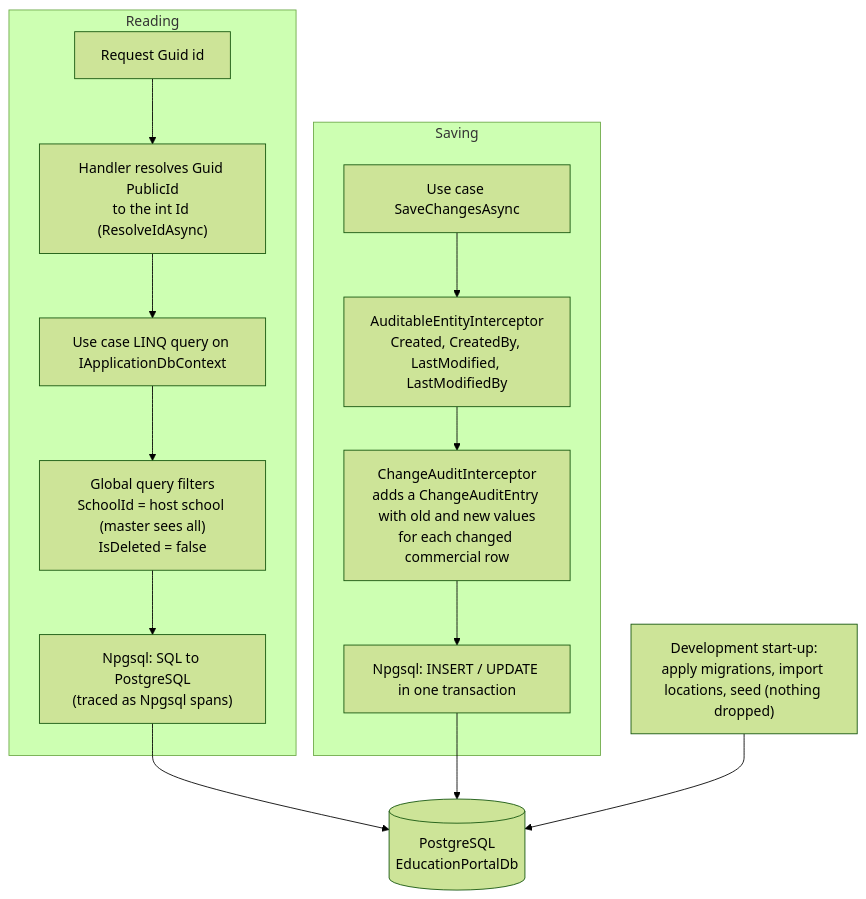
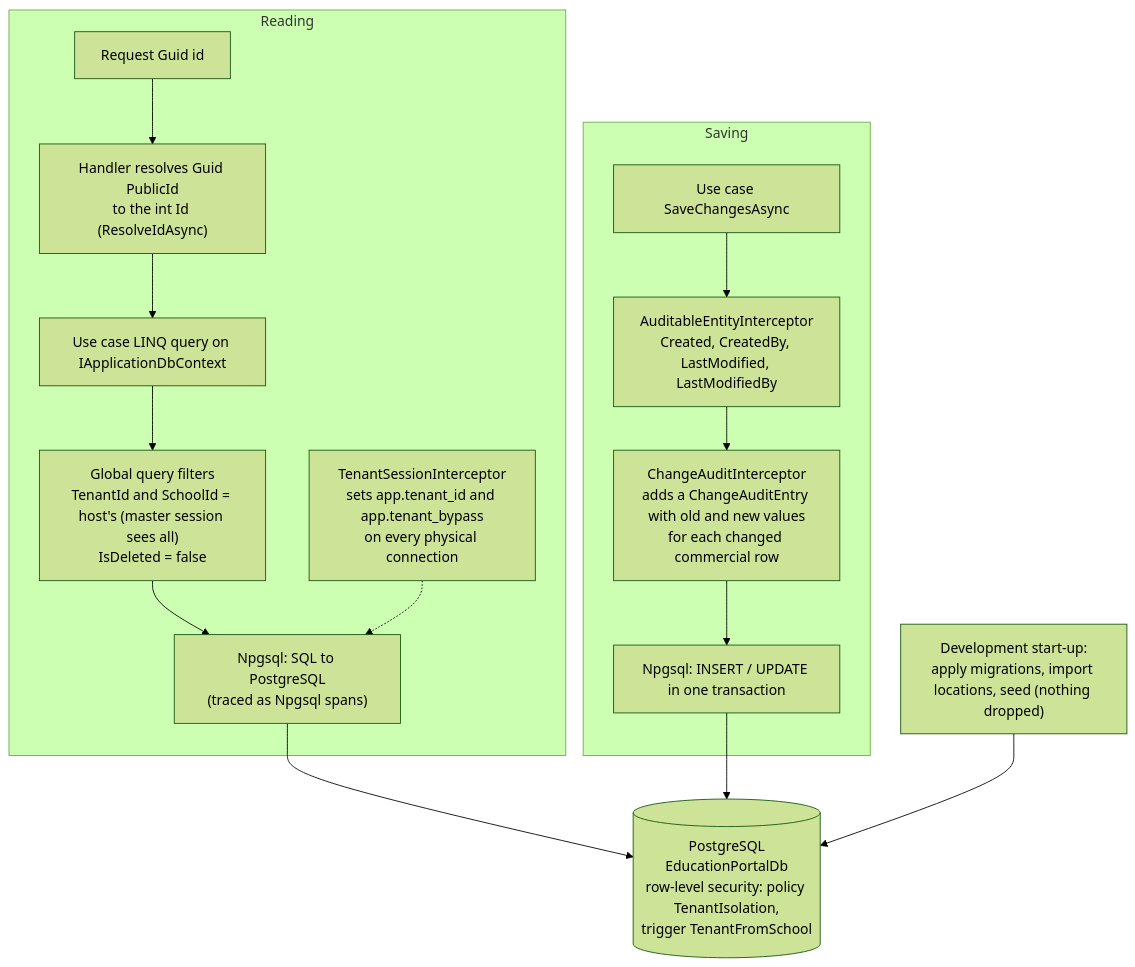
Before and after one commit to ahmedshahjr/Education-Portal: diagram 13 of 22 in README.md, drawn with Mermaid (forest theme). The commit also changed other lines of this file and 45 other files, not shown here.

First line of the commit message:
Add tenant table column and row-level security

````diff
--- a/README.md
+++ b/README.md
@@ -710,17 +715,18 @@
 ```mermaid
 flowchart TB
     subgraph read["Reading"]
         guid["Request Guid id"] --> resolve["Handler resolves Guid PublicId<br/>to the int Id (ResolveIdAsync)"]
         resolve --> q
-        q["Use case LINQ query on IApplicationDbContext"] --> filters["Global query filters<br/>SchoolId = host school (master sees all)<br/>IsDeleted = false"]
+        q["Use case LINQ query on IApplicationDbContext"] --> filters["Global query filters<br/>TenantId and SchoolId = host's (master session sees all)<br/>IsDeleted = false"]
         filters --> npgsqlR["Npgsql: SQL to PostgreSQL<br/>(traced as Npgsql spans)"]
+        session["TenantSessionInterceptor<br/>sets app.tenant_id and app.tenant_bypass<br/>on every physical connection"] -.-> npgsqlR
     end
     subgraph write["Saving"]
         s["Use case SaveChangesAsync"] --> audit["AuditableEntityInterceptor<br/>Created, CreatedBy, LastModified, LastModifiedBy"]
         audit --> changes["ChangeAuditInterceptor<br/>adds a ChangeAuditEntry with old and new values<br/>for each changed commercial row"]
         changes --> npgsqlW["Npgsql: INSERT / UPDATE in one transaction"]
     end
-    npgsqlR --> pg[("PostgreSQL<br/>EducationPortalDb")]
+    npgsqlR --> pg[("PostgreSQL<br/>EducationPortalDb<br/>row-level security: policy TenantIsolation,<br/>trigger TenantFromSchool")]
     npgsqlW --> pg
     init["Development start-up:<br/>apply migrations, import locations, seed (nothing dropped)"] --> pg
 ```
````
